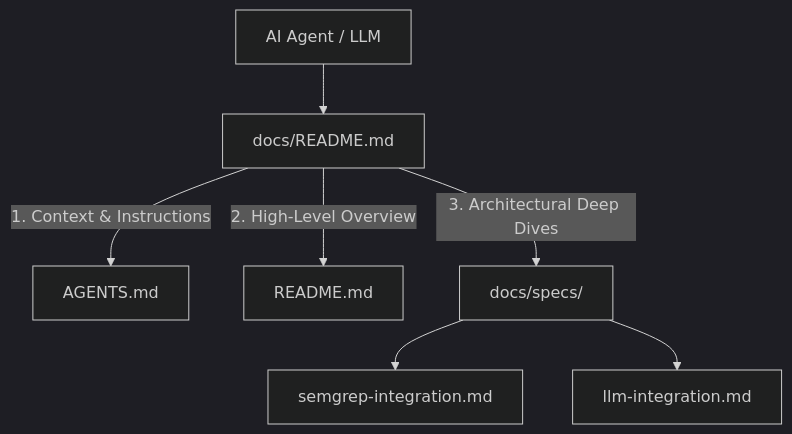
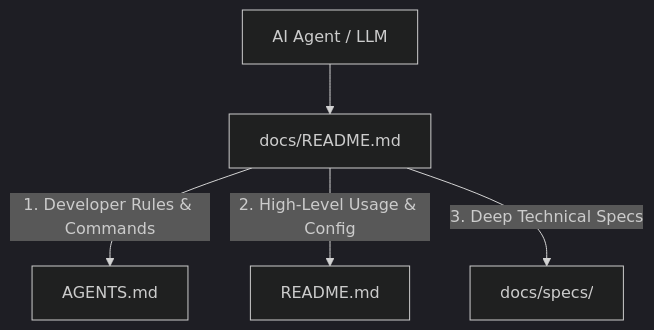
The diagram in docs/README.md (ajponte/security-analyzer), drawn with Mermaid (dark theme) before and after one commit. The commit also changed other lines of this file and 1 other file, not shown here.

````diff
--- a/docs/README.md
+++ b/docs/README.md
@@ -23,9 +21,7 @@
 ```mermaid
 flowchart TD
     AGENT[AI Agent / LLM] --> INDEX[docs/README.md]
-    INDEX -->|1. Context & Instructions| AGENTS[AGENTS.md]
-    INDEX -->|2. High-Level Overview| ROOT_README[README.md]
-    INDEX -->|3. Architectural Deep Dives| SPECS[docs/specs/]
-    SPECS --> SPEC_SEMGREP[semgrep-integration.md]
-    SPECS --> SPEC_LLM[llm-integration.md]
+    INDEX -->|1. Developer Rules & Commands| AGENTS[AGENTS.md]
+    INDEX -->|2. High-Level Usage & Config| ROOT_README[README.md]
+    INDEX -->|3. Deep Technical Specs| SPECS[docs/specs/]
 ```
````
